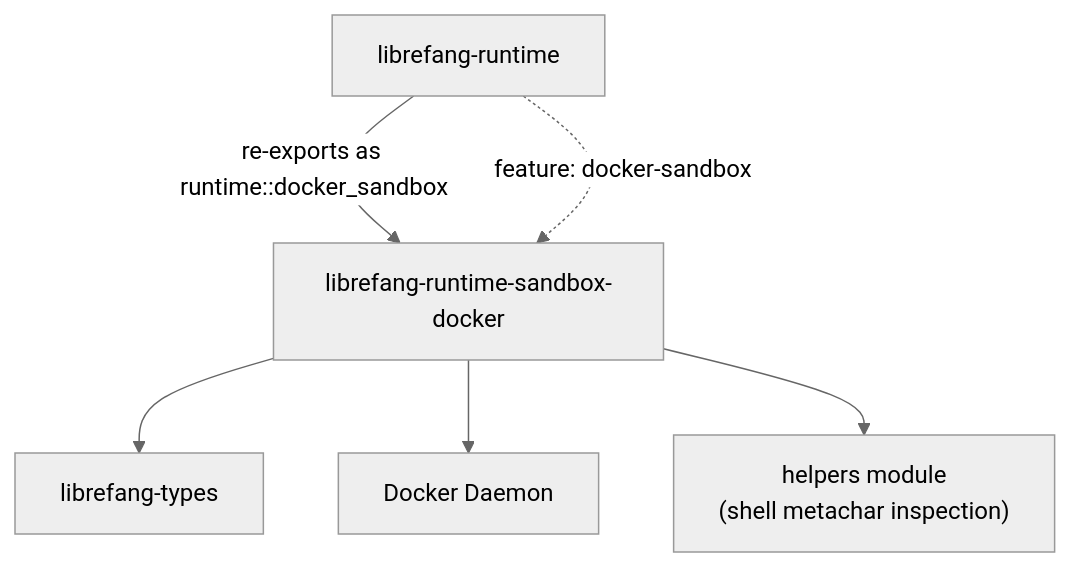
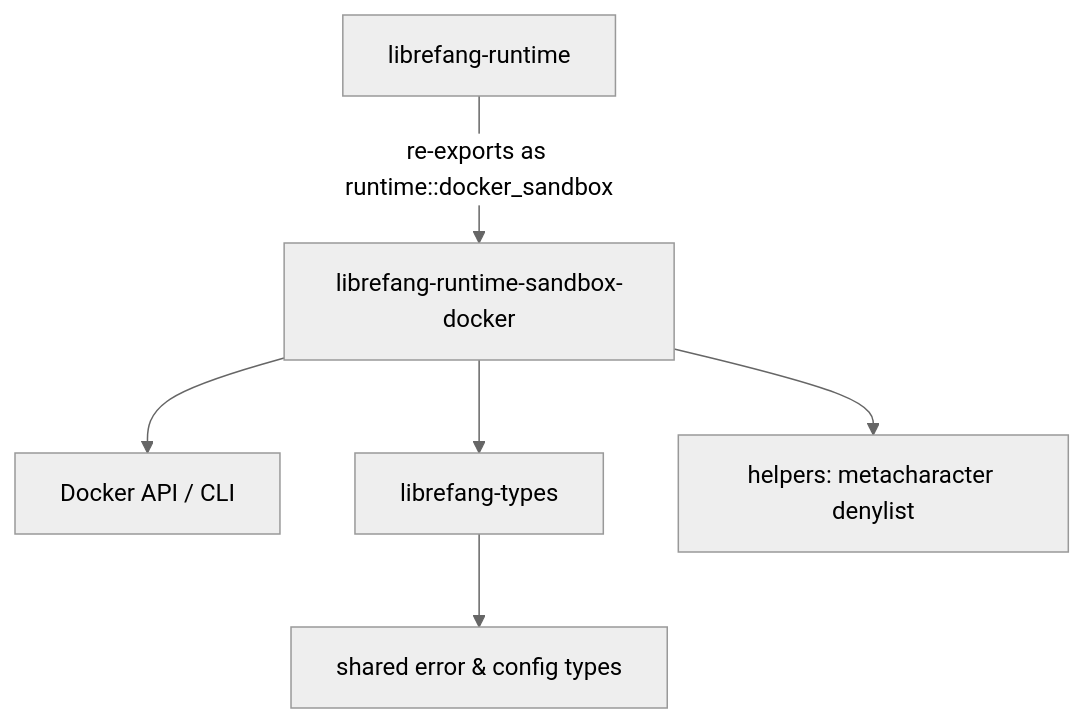
Before and after one commit to leszek3737/librefang-WIki: the diagram in other-librefang-runtime-sandbox-docker.md, drawn with Mermaid (neutral theme). The commit also changed other lines of this file and 119 other files, not shown here.

````diff
--- a/other-librefang-runtime-sandbox-docker.md
+++ b/other-librefang-runtime-sandbox-docker.md
@@ -15,8 +18,8 @@
 ```mermaid
 graph TD
     A[librefang-runtime] -->|"re-exports as runtime::docker_sandbox"| B[librefang-runtime-sandbox-docker]
-    B --> C[librefang-types]
-    B --> D[Docker Daemon]
-    B --> E["helpers module<br/>(shell metachar inspection)"]
-    A -.->|feature: docker-sandbox| B
+    B --> C[Docker API / CLI]
+    B --> D[librefang-types]
+    B --> E[helpers: metacharacter denylist]
+    D --> F[shared error & config types]
 ```
````
